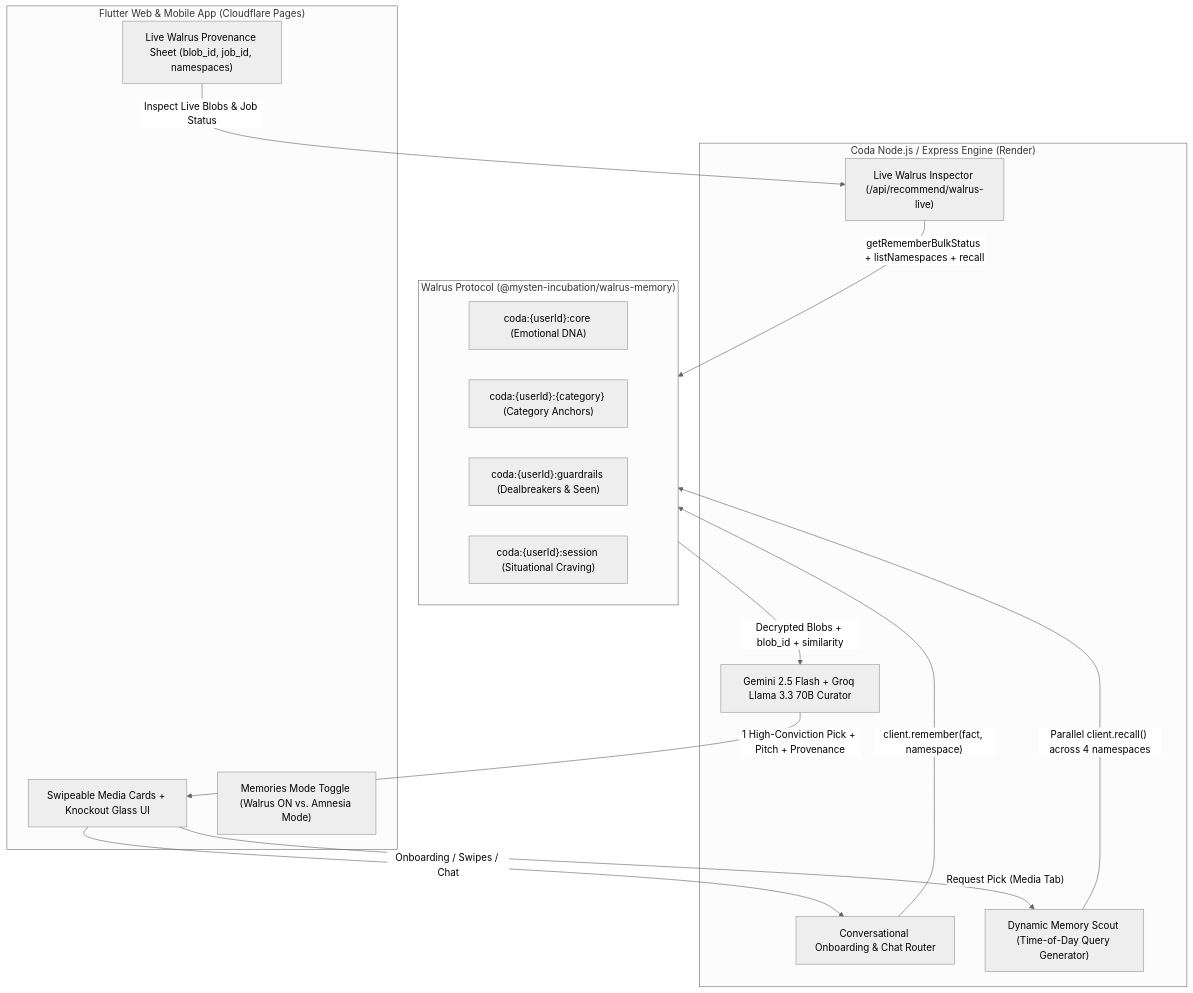
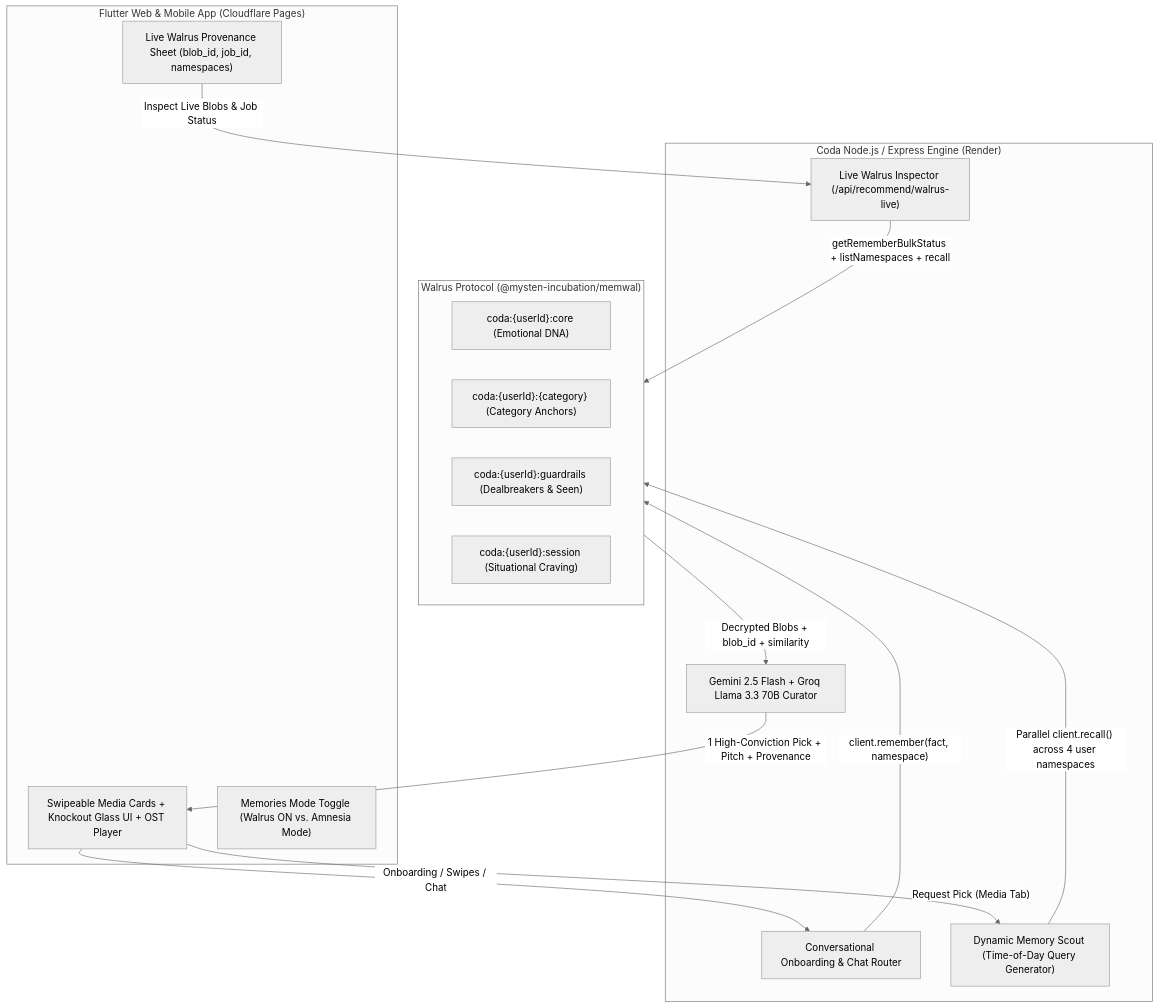
Before and after one commit to chief-07/Coda-Personal-Media-Taste-Curator: the second of 2 diagrams in README.md, drawn with Mermaid (neutral theme). The commit also changed other lines of this file and 1 other file, not shown here.

Commit message:
docs(readme): elevate Coda philosophy, multi-user Walrus namespace isolation, and SDK bug reports

````diff
--- a/README.md
+++ b/README.md
@@ -37,31 +123,31 @@
 ```mermaid
 flowchart TD
     subgraph Frontend["Flutter Web & Mobile App (Cloudflare Pages)"]
-        UI["Swipeable Media Cards + Knockout Glass UI"]
+        UI["Swipeable Media Cards + Knockout Glass UI + OST Player"]
         Toggle["Memories Mode Toggle (Walrus ON vs. Amnesia Mode)"]
         Sheet["Live Walrus Provenance Sheet (blob_id, job_id, namespaces)"]
     end
 
     subgraph Backend["Coda Node.js / Express Engine (Render)"]
         Onboarding["Conversational Onboarding & Chat Router"]
         Scout["Dynamic Memory Scout (Time-of-Day Query Generator)"]
         Curator["Gemini 2.5 Flash + Groq Llama 3.3 70B Curator"]
         Inspector["Live Walrus Inspector (/api/recommend/walrus-live)"]
     end
 
-    subgraph Walrus["Walrus Protocol (@mysten-incubation/walrus-memory)"]
+    subgraph Walrus["Walrus Protocol (@mysten-incubation/memwal)"]
         NS_Core["coda:{userId}:core (Emotional DNA)"]
         NS_Cat["coda:{userId}:{category} (Category Anchors)"]
         NS_Guard["coda:{userId}:guardrails (Dealbreakers & Seen)"]
         NS_Session["coda:{userId}:session (Situational Craving)"]
     end
 
     UI -->|"Onboarding / Swipes / Chat"| Onboarding
     Onboarding -->|"client.remember(fact, namespace)"| Walrus
     UI -->|"Request Pick (Media Tab)"| Scout
-    Scout -->|"Parallel client.recall() across 4 namespaces"| Walrus
+    Scout -->|"Parallel client.recall() across 4 user namespaces"| Walrus
     Walrus -->|"Decrypted Blobs + blob_id + similarity"| Curator
     Curator -->|"1 High-Conviction Pick + Pitch + Provenance"| UI
     Sheet -->|"Inspect Live Blobs & Job Status"| Inspector
     Inspector -->|"getRememberBulkStatus + listNamespaces + recall"| Walrus
 ```
````
